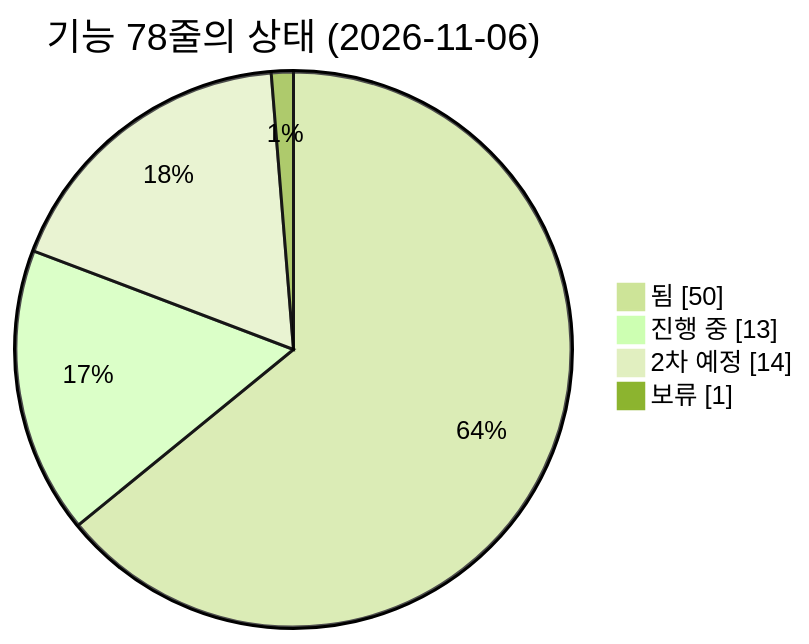
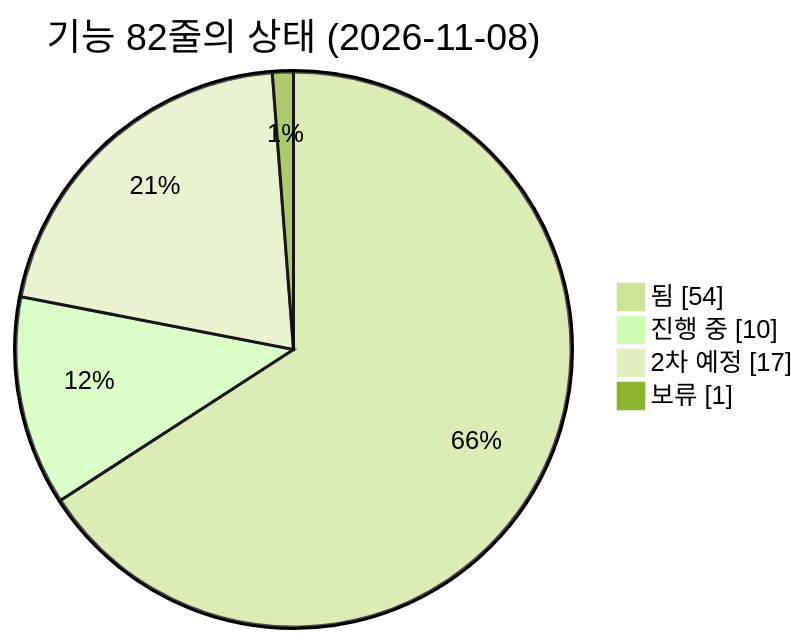
The first of 4 diagrams in docs/map/feature-map.md (agent-ddalgi-team/final-geosan), drawn with Mermaid (forest theme) before and after one commit. The commit also changed other lines of this file and 2 other files, not shown here.

````diff
--- a/docs/map/feature-map.md
+++ b/docs/map/feature-map.md
@@ -31,8 +31,8 @@
 ```mermaid
 pie showData
-    title 기능 78줄의 상태 (2026-11-06)
-    "됨" : 50
-    "진행 중" : 13
-    "2차 예정" : 14
+    title 기능 82줄의 상태 (2026-11-08)
+    "됨" : 54
+    "진행 중" : 10
+    "2차 예정" : 17
     "보류" : 1
 ```
````
